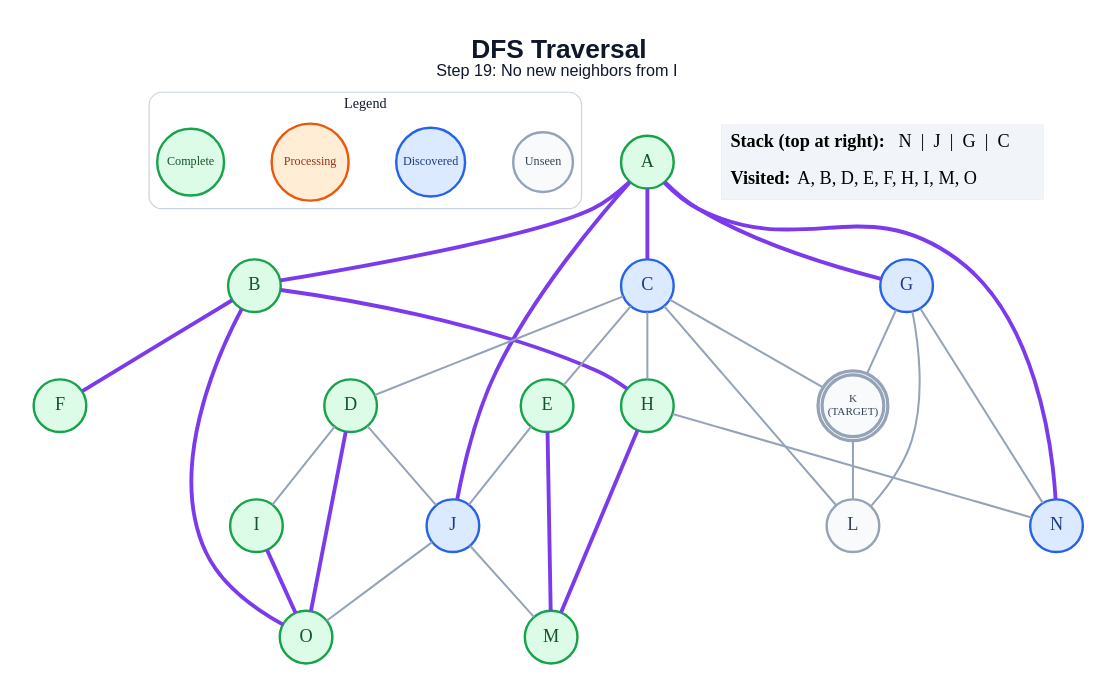
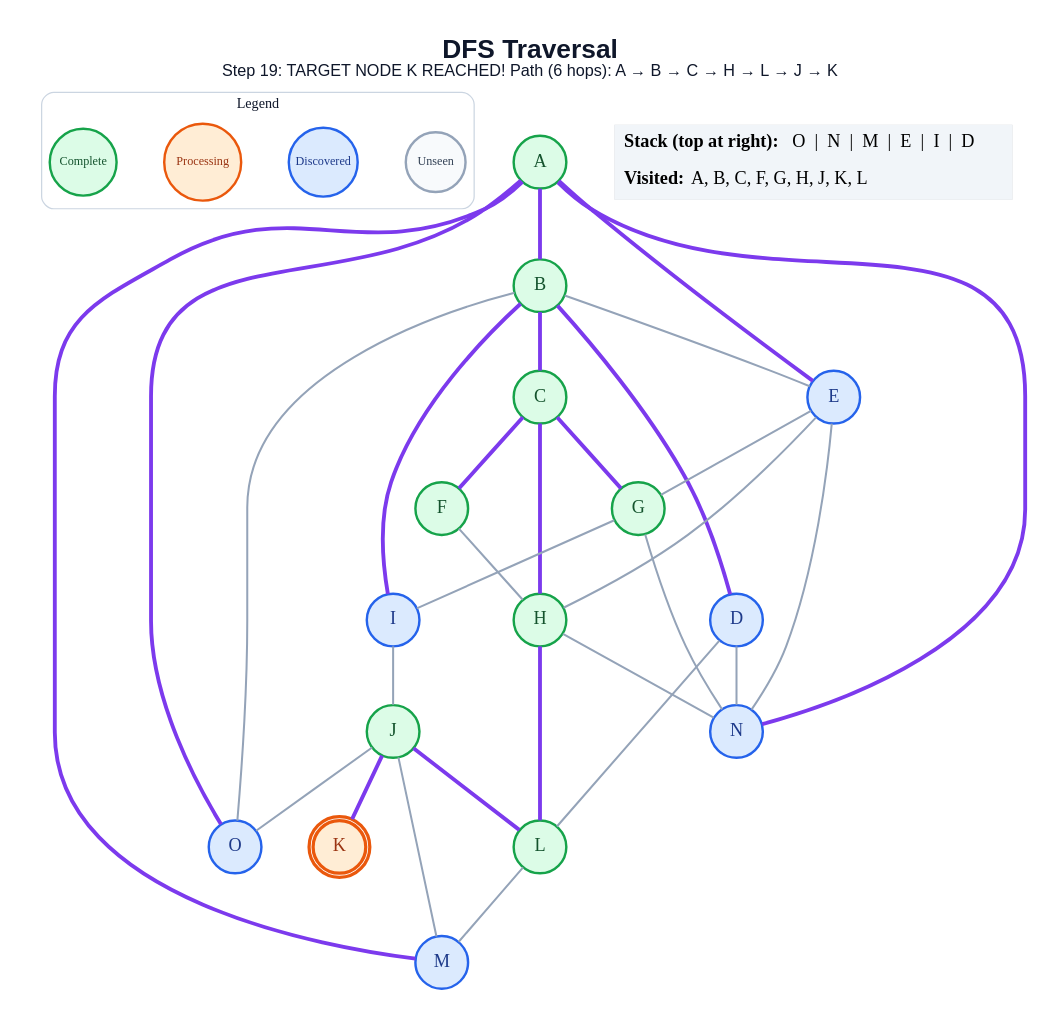
Before and after one commit to anon7238593-create/ai-slop: the diagram in generated/dfs/step_19.dot, drawn with Graphviz. The commit also changed 320 other files, not shown here.

```diff
--- a/generated/dfs/step_19.dot
+++ b/generated/dfs/step_19.dot
@@ -1,61 +1,63 @@
 graph traversal {
   graph [layout=dot, rankdir=TB, bgcolor="#FFFFFF", pad="0.35", nodesep="0.65", ranksep="0.8", fontname="Arial"];
   node [shape=circle, style="filled", fontname="Arial Bold", fontsize=18, width=0.72, fixedsize=true, penwidth=2.4];
   edge [color="#94A3B8", penwidth=2.0];
-  label=<<B>DFS Traversal</B><BR/><FONT POINT-SIZE="16">Step 19: No new neighbors from I</FONT>>; labelloc="t"; fontsize=26; fontname="Arial"; fontcolor="#0F172A";
+  label=<<B>DFS Traversal</B><BR/><FONT POINT-SIZE="16">Step 19: TARGET NODE K REACHED! Path (6 hops): A → B → C → H → L → J → K</FONT>>; labelloc="t"; fontsize=26; fontname="Arial"; fontcolor="#0F172A";
   subgraph cluster_legend { label="Legend"; color="#CBD5E1"; penwidth=1.2; style="rounded"; fontsize=14; fontname="Arial Bold";
     key_unseen [label="Unseen", fillcolor="#F8FAFC", color="#94A3B8", fontcolor="#334155", fontsize=12, width=0.82];
     key_frontier [label="Discovered", fillcolor="#DBEAFE", color="#2563EB", fontcolor="#1E3A8A", fontsize=12, width=0.95];
     key_current [label="Processing", fillcolor="#FFEDD5", color="#EA580C", fontcolor="#9A3412", fontsize=12, width=1.05];
     key_done [label="Complete", fillcolor="#DCFCE7", color="#16A34A", fontcolor="#14532D", fontsize=12, width=0.92];
     { rank=same; key_unseen; key_frontier; key_current; key_done; }
   }
   A [label="A", fillcolor="#DCFCE7", color="#16A34A", fontcolor="#14532D", peripheries=1, penwidth=2.4];
   B [label="B", fillcolor="#DCFCE7", color="#16A34A", fontcolor="#14532D", peripheries=1, penwidth=2.4];
-  C [label="C", fillcolor="#DBEAFE", color="#2563EB", fontcolor="#1E3A8A", peripheries=1, penwidth=2.4];
-  D [label="D", fillcolor="#DCFCE7", color="#16A34A", fontcolor="#14532D", peripheries=1, penwidth=2.4];
-  E [label="E", fillcolor="#DCFCE7", color="#16A34A", fontcolor="#14532D", peripheries=1, penwidth=2.4];
+  C [label="C", fillcolor="#DCFCE7", color="#16A34A", fontcolor="#14532D", peripheries=1, penwidth=2.4];
+  D [label="D", fillcolor="#DBEAFE", color="#2563EB", fontcolor="#1E3A8A", peripheries=1, penwidth=2.4];
+  E [label="E", fillcolor="#DBEAFE", color="#2563EB", fontcolor="#1E3A8A", peripheries=1, penwidth=2.4];
   F [label="F", fillcolor="#DCFCE7", color="#16A34A", fontcolor="#14532D", peripheries=1, penwidth=2.4];
-  G [label="G", fillcolor="#DBEAFE", color="#2563EB", fontcolor="#1E3A8A", peripheries=1, penwidth=2.4];
+  G [label="G", fillcolor="#DCFCE7", color="#16A34A", fontcolor="#14532D", peripheries=1, penwidth=2.4];
   H [label="H", fillcolor="#DCFCE7", color="#16A34A", fontcolor="#14532D", peripheries=1, penwidth=2.4];
-  I [label="I", fillcolor="#DCFCE7", color="#16A34A", fontcolor="#14532D", peripheries=1, penwidth=2.4];
-  J [label="J", fillcolor="#DBEAFE", color="#2563EB", fontcolor="#1E3A8A", peripheries=1, penwidth=2.4];
-  K [label="K\n(TARGET)", fillcolor="#F8FAFC", color="#94A3B8", fontcolor="#334155", peripheries=2, penwidth=3.2, fontsize=11, width=0.85, height=0.85];
-  L [label="L", fillcolor="#F8FAFC", color="#94A3B8", fontcolor="#334155", peripheries=1, penwidth=2.4];
-  M [label="M", fillcolor="#DCFCE7", color="#16A34A", fontcolor="#14532D", peripheries=1, penwidth=2.4];
+  I [label="I", fillcolor="#DBEAFE", color="#2563EB", fontcolor="#1E3A8A", peripheries=1, penwidth=2.4];
+  J [label="J", fillcolor="#DCFCE7", color="#16A34A", fontcolor="#14532D", peripheries=1, penwidth=2.4];
+  K [label="K", fillcolor="#FFEDD5", color="#EA580C", fontcolor="#9A3412", peripheries=2, penwidth=3.2];
+  L [label="L", fillcolor="#DCFCE7", color="#16A34A", fontcolor="#14532D", peripheries=1, penwidth=2.4];
+  M [label="M", fillcolor="#DBEAFE", color="#2563EB", fontcolor="#1E3A8A", peripheries=1, penwidth=2.4];
   N [label="N", fillcolor="#DBEAFE", color="#2563EB", fontcolor="#1E3A8A", peripheries=1, penwidth=2.4];
-  O [label="O", fillcolor="#DCFCE7", color="#16A34A", fontcolor="#14532D", peripheries=1, penwidth=2.4];
+  O [label="O", fillcolor="#DBEAFE", color="#2563EB", fontcolor="#1E3A8A", peripheries=1, penwidth=2.4];
   A -- B [color="#7C3AED", penwidth=3.8];
-  A -- C [color="#7C3AED", penwidth=3.8];
-  A -- G [color="#7C3AED", penwidth=3.8];
-  A -- J [color="#7C3AED", penwidth=3.8];
+  A -- E [color="#7C3AED", penwidth=3.8];
+  A -- M [color="#7C3AED", penwidth=3.8];
   A -- N [color="#7C3AED", penwidth=3.8];
-  B -- F [color="#7C3AED", penwidth=3.8];
-  B -- H [color="#7C3AED", penwidth=3.8];
-  B -- O [color="#7C3AED", penwidth=3.8];
-  C -- D;
-  C -- E;
-  C -- H;
-  C -- K;
-  C -- L;
-  D -- I;
-  D -- J;
-  D -- O [color="#7C3AED", penwidth=3.8];
-  E -- J;
-  E -- M [color="#7C3AED", penwidth=3.8];
-  G -- K;
-  G -- L;
+  A -- O [color="#7C3AED", penwidth=3.8];
+  B -- C [color="#7C3AED", penwidth=3.8];
+  B -- D [color="#7C3AED", penwidth=3.8];
+  B -- E;
+  B -- I [color="#7C3AED", penwidth=3.8];
+  B -- O;
+  C -- F [color="#7C3AED", penwidth=3.8];
+  C -- G [color="#7C3AED", penwidth=3.8];
+  C -- H [color="#7C3AED", penwidth=3.8];
+  D -- L;
+  D -- N;
+  E -- G;
+  E -- H;
+  E -- N;
+  F -- H;
+  G -- I;
   G -- N;
-  H -- M [color="#7C3AED", penwidth=3.8];
+  H -- L [color="#7C3AED", penwidth=3.8];
   H -- N;
-  I -- O [color="#7C3AED", penwidth=3.8];
+  I -- J;
+  J -- K [color="#7C3AED", penwidth=3.8];
+  J -- L [color="#7C3AED", penwidth=3.8];
   J -- M;
   J -- O;
-  K -- L;
+  L -- M;
   status [shape=plain, fixedsize=false, width=0, height=0, margin=0, label=<
     <TABLE BORDER="0" CELLBORDER="0" CELLPADDING="7" BGCOLOR="#F1F5F9">
-      <TR><TD ALIGN="LEFT"><B>Stack (top at right):</B> N  |  J  |  G  |  C</TD></TR>
-      <TR><TD ALIGN="LEFT"><B>Visited:</B> A, B, D, E, F, H, I, M, O</TD></TR>
+      <TR><TD ALIGN="LEFT"><B>Stack (top at right):</B> O  |  N  |  M  |  E  |  I  |  D</TD></TR>
+      <TR><TD ALIGN="LEFT"><B>Visited:</B> A, B, C, F, G, H, J, K, L</TD></TR>
     </TABLE>
   >];
 }
```
